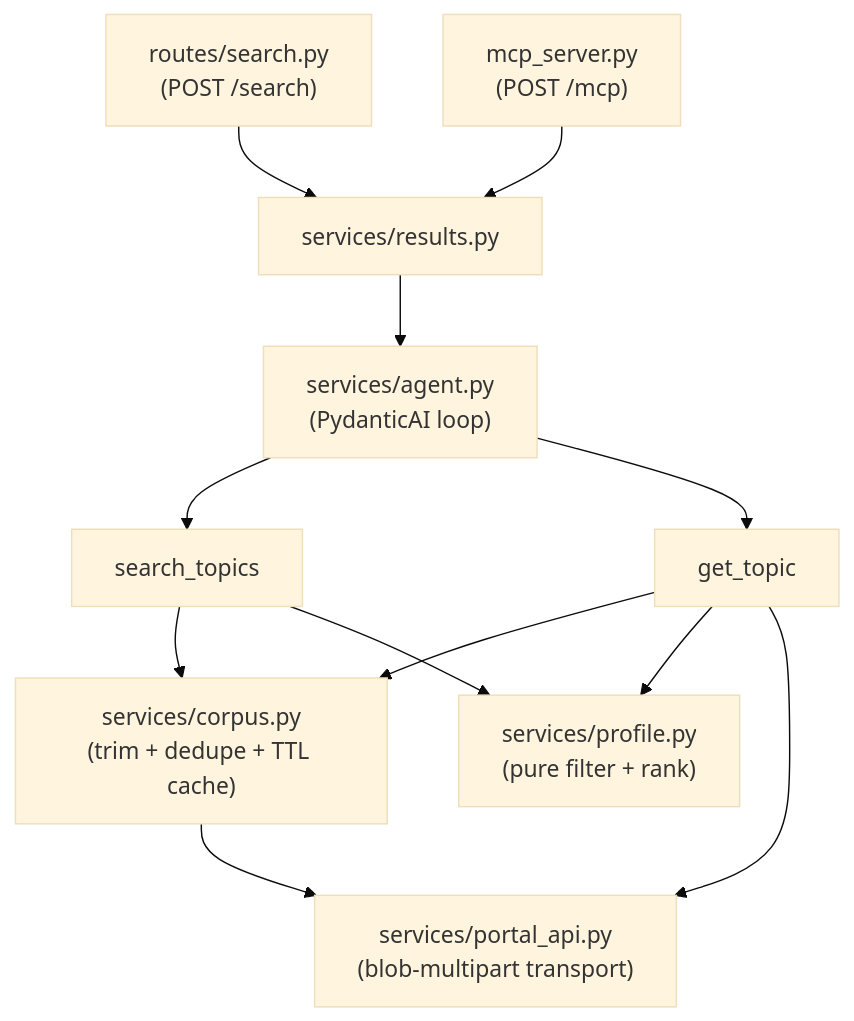
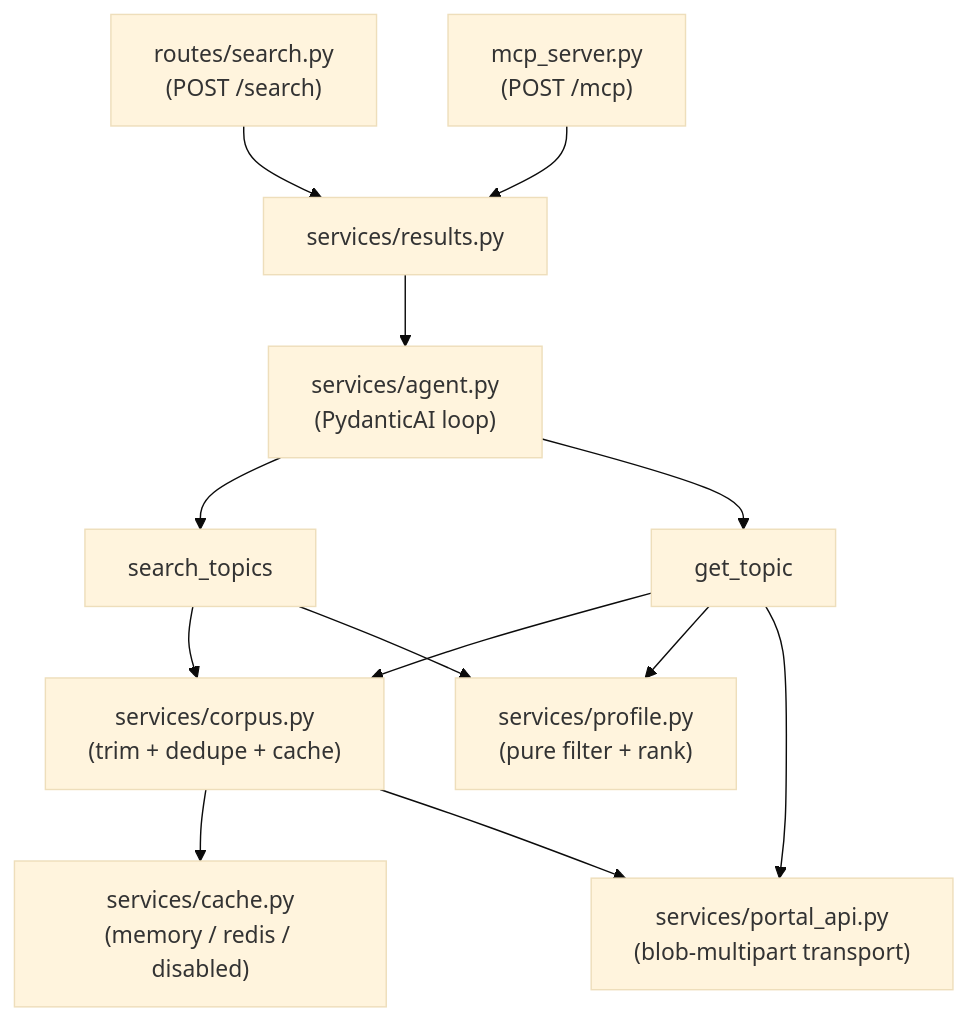
One commit to AarhusAI/eu-funding-tenders-portal-agent changed the diagram in README.md. Above: the diagram before and after it, drawn with Mermaid (base theme). The commit also changed other lines of this file and 2 other files, not shown here.

````diff
--- a/README.md
+++ b/README.md
@@ -96,14 +160,15 @@
 ```mermaid
 flowchart TD
     route["routes/search.py<br/>(POST /search)"] --> results["services/results.py"]
     mcp["mcp_server.py<br/>(POST /mcp)"] --> results
     results --> agent["services/agent.py<br/>(PydanticAI loop)"]
     agent --> search_topics["search_topics"]
     agent --> get_topic["get_topic"]
-    search_topics --> corpus["services/corpus.py<br/>(trim + dedupe + TTL cache)"]
+    search_topics --> corpus["services/corpus.py<br/>(trim + dedupe + cache)"]
     search_topics --> profile["services/profile.py<br/>(pure filter + rank)"]
     get_topic --> corpus
     get_topic --> profile
     get_topic --> portal["services/portal_api.py<br/>(blob-multipart transport)"]
+    corpus --> cache["services/cache.py<br/>(memory / redis / disabled)"]
     corpus --> portal
 ```
````
